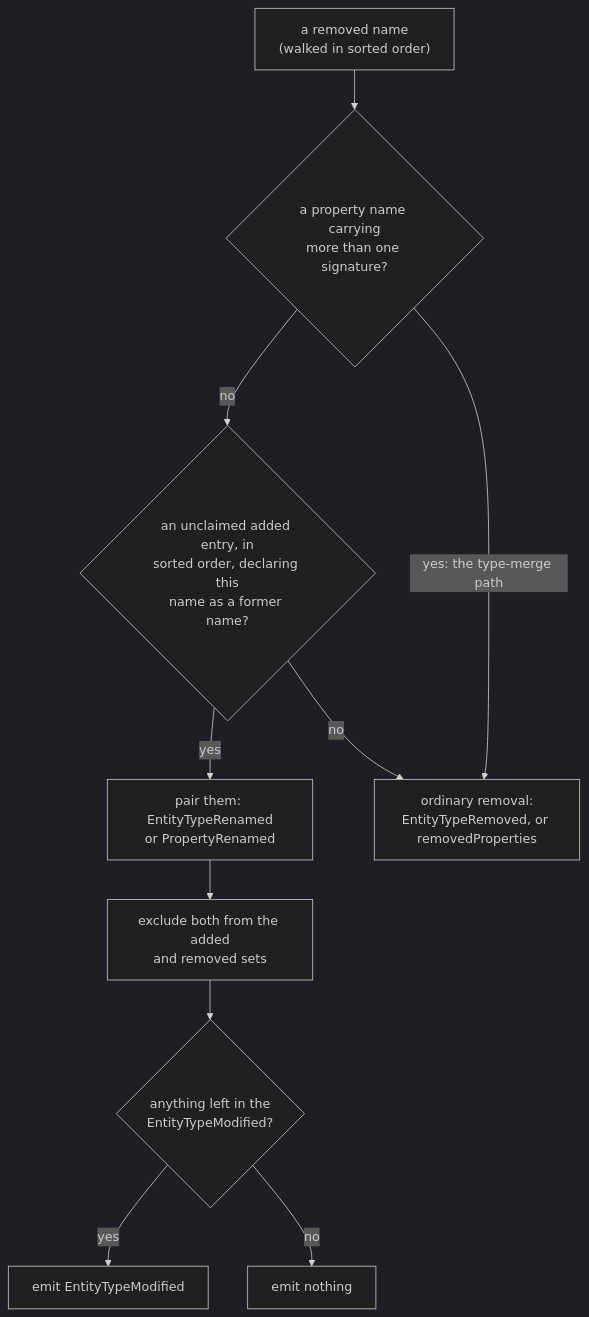
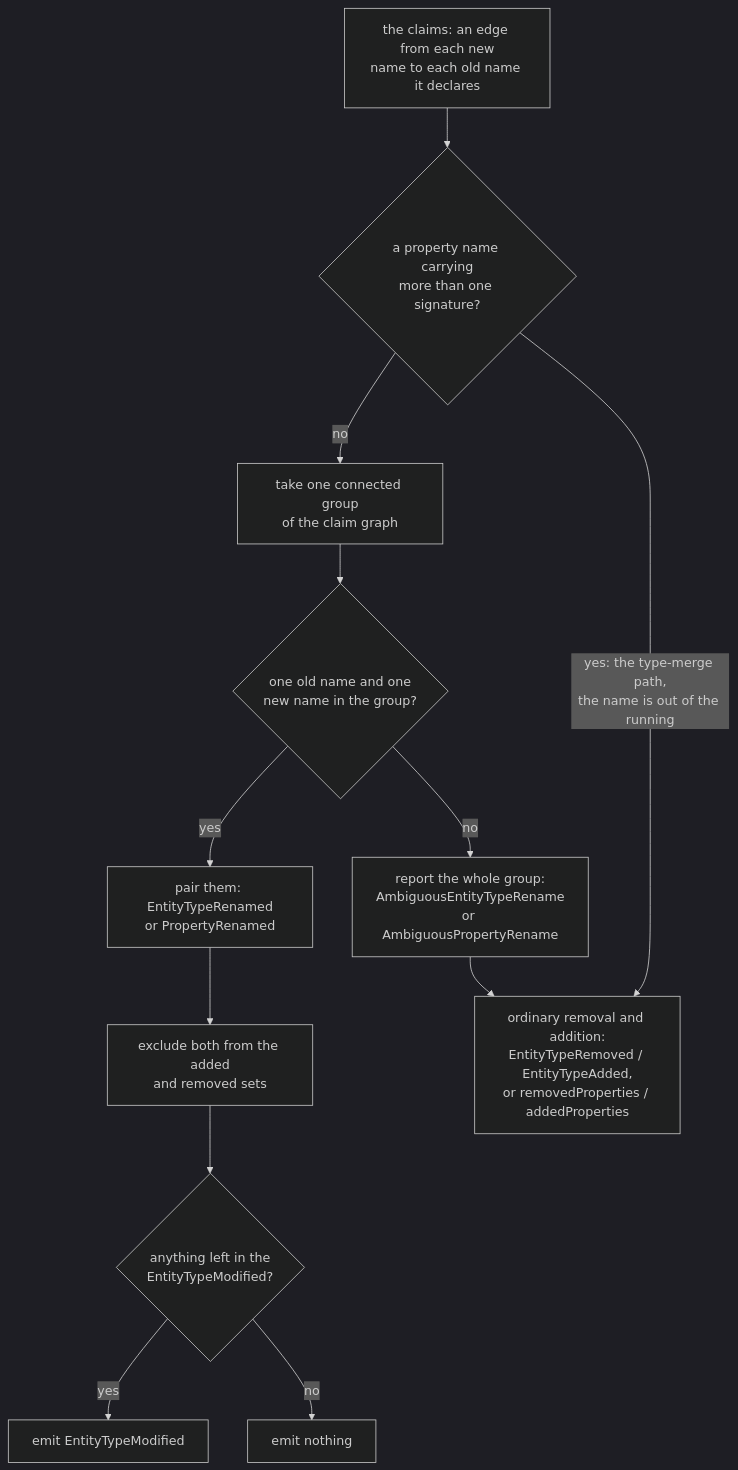
The second of 2 diagrams in docs/design/metamodel-diff.md (embabel/dice), drawn with Mermaid (dark theme) before and after one commit. The commit also changed other lines of this file and 4 other files, not shown here.

First line of the commit message:
Report contested rename claims instead of picking one

````diff
--- a/docs/design/metamodel-diff.md
+++ b/docs/design/metamodel-diff.md
@@ -109,22 +133,26 @@
 ```mermaid
 flowchart TD
-    start["a removed name<br/>(walked in sorted order)"]
+    start["the claims: an edge from each new<br/>name to each old name it declares"]
     dup{"a property name carrying<br/>more than one signature?"}
-    scan{"an unclaimed added entry, in<br/>sorted order, declaring this<br/>name as a former name?"}
+    group["take one connected group<br/>of the claim graph"]
+    exclusive{"one old name and one<br/>new name in the group?"}
     pair["pair them: EntityTypeRenamed<br/>or PropertyRenamed"]
     exclude["exclude both from the added<br/>and removed sets"]
     empty{"anything left in the<br/>EntityTypeModified?"}
     emit["emit EntityTypeModified"]
     drop["emit nothing"]
-    plain["ordinary removal:<br/>EntityTypeRemoved, or removedProperties"]
+    ambiguous["report the whole group:<br/>AmbiguousEntityTypeRename<br/>or AmbiguousPropertyRename"]
+    plain["ordinary removal and addition:<br/>EntityTypeRemoved / EntityTypeAdded,<br/>or removedProperties / addedProperties"]
 
     start --> dup
-    dup -- "yes: the type-merge path" --> plain
-    dup -- "no" --> scan
-    scan -- "yes" --> pair
-    scan -- "no" --> plain
+    dup -- "yes: the type-merge path,<br/>the name is out of the running" --> plain
+    dup -- "no" --> group
+    group --> exclusive
+    exclusive -- "yes" --> pair
+    exclusive -- "no" --> ambiguous
+    ambiguous --> plain
     pair --> exclude
     exclude --> empty
     empty -- "yes" --> emit
     empty -- "no" --> drop
 ```
````
